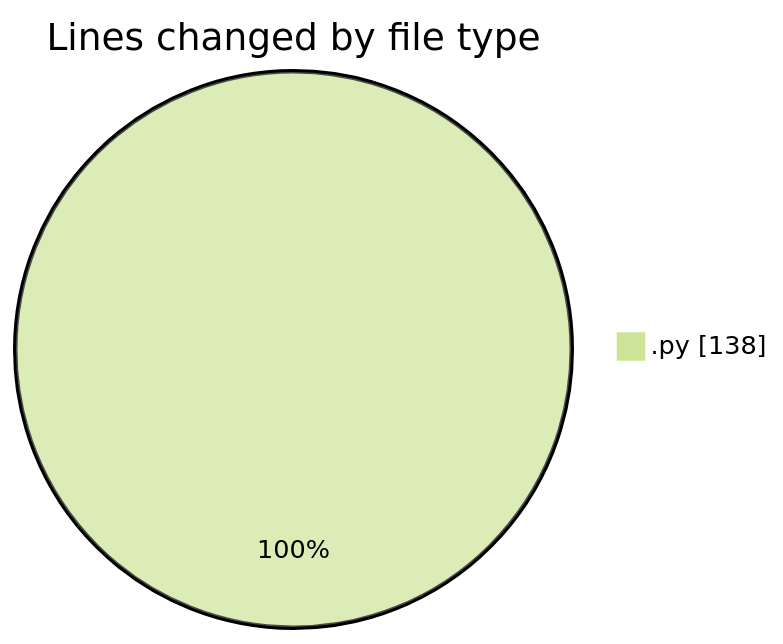
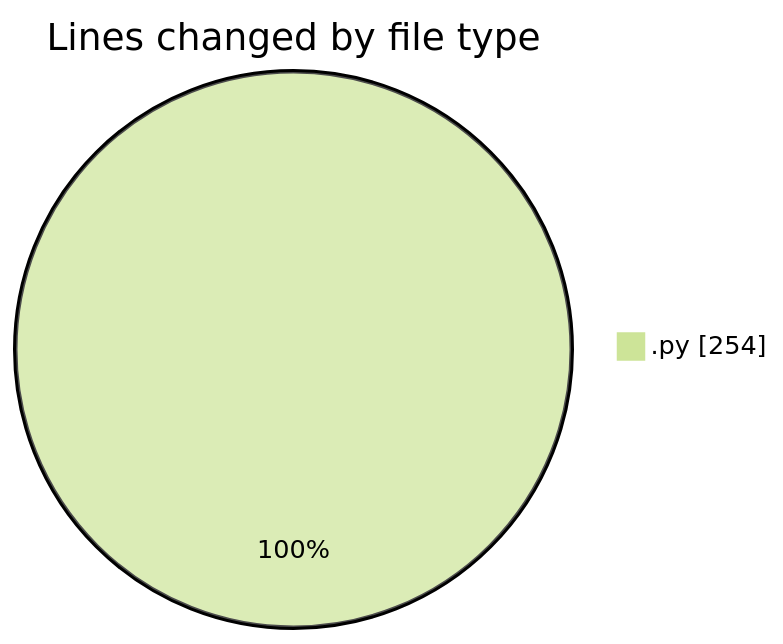
Before and after one commit to julien-gomy/code-tracking: the first of 2 diagrams in 2025-10-17/eventscop-api-guide__workspace_/README.md, drawn with Mermaid (forest theme). The commit also changed other lines of this file and 1 other file, not shown here.

````diff
--- a/2025-10-17/eventscop-api-guide__workspace_/README.md
+++ b/2025-10-17/eventscop-api-guide__workspace_/README.md
@@ -21,5 +22,5 @@
 ```mermaid
 pie showData
 title Lines changed by file type
-".py" : 138
+".py" : 254
 ```
````
